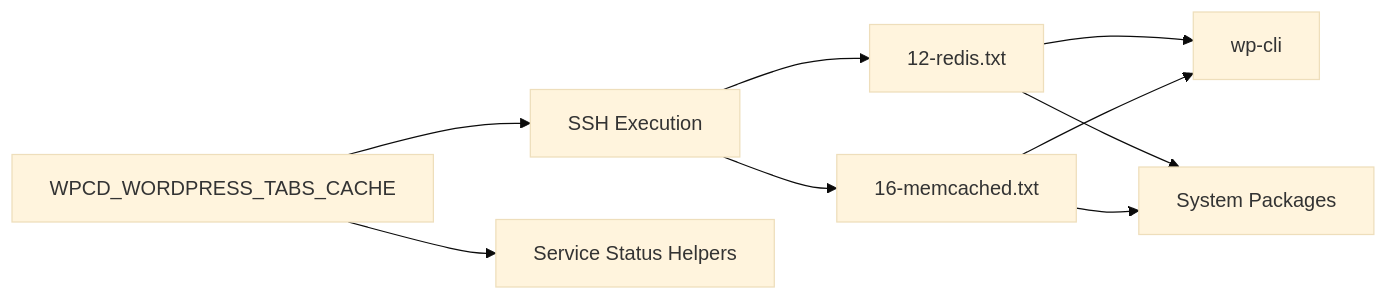
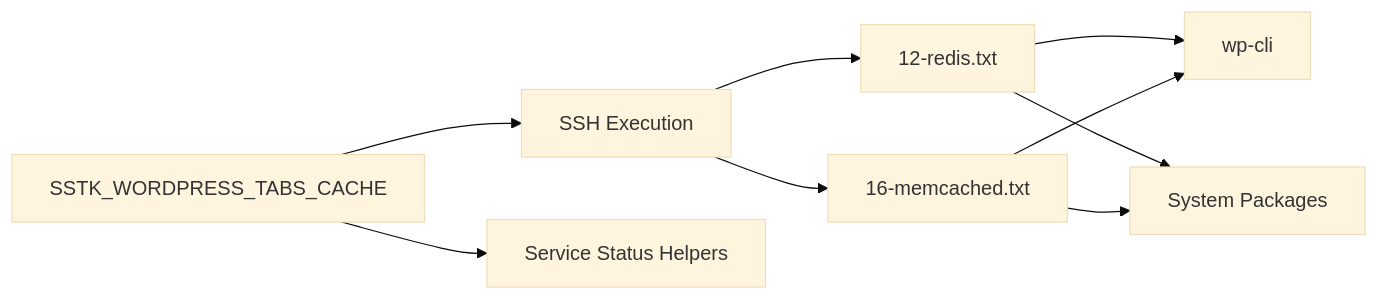
The sixth of 6 diagrams in .qoder/repowiki/en/content/Operational Tools/Performance Optimization Tools/Caching Systems/WordPress Object Cache.md (onedogsolutions/simple-stack), drawn with Mermaid (base theme) before and after one commit. The commit also changed other lines of this file and 5941 other files, not shown here.

````diff
--- a/.qoder/repowiki/en/content/Operational Tools/Performance Optimization Tools/Caching Systems/WordPress Object Cache.md
+++ b/.qoder/repowiki/en/content/Operational Tools/Performance Optimization Tools/Caching Systems/WordPress Object Cache.md
@@ -238,11 +238,11 @@
 ```mermaid
 graph LR
-UI["WPCD_WORDPRESS_TABS_CACHE"] --> SSH["SSH Execution"]
+UI["SSTK_WORDPRESS_TABS_CACHE"] --> SSH["SSH Execution"]
 UI --> STATUS["Service Status Helpers"]
 SSH --> REDIS_SCRIPT["12-redis.txt"]
 SSH --> MEMC_SCRIPT["16-memcached.txt"]
 REDIS_SCRIPT --> WPCLI["wp-cli"]
 MEMC_SCRIPT --> WPCLI
 REDIS_SCRIPT --> SYSTEM["System Packages"]
 MEMC_SCRIPT --> SYSTEM
 ```
````
